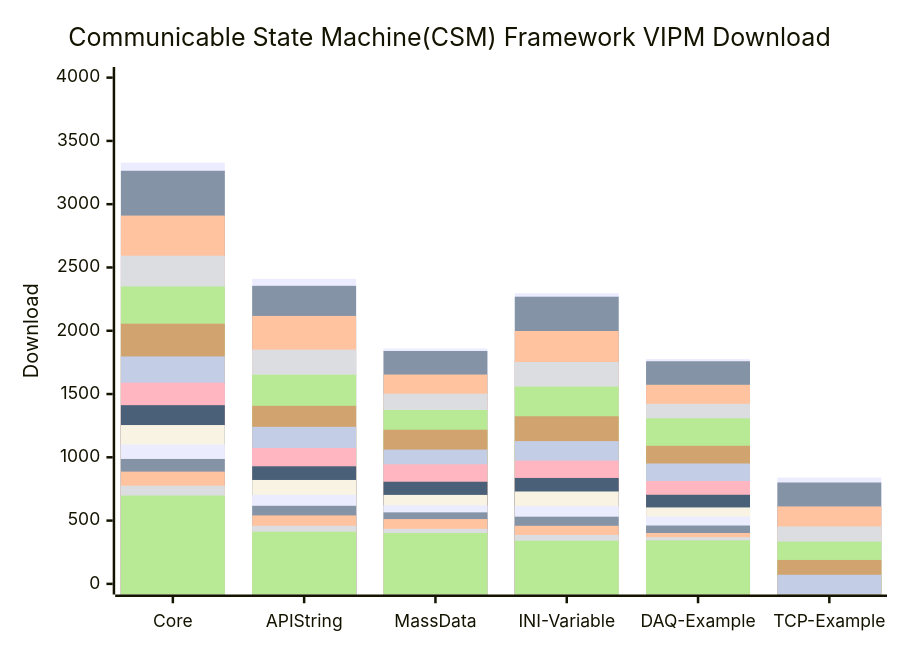
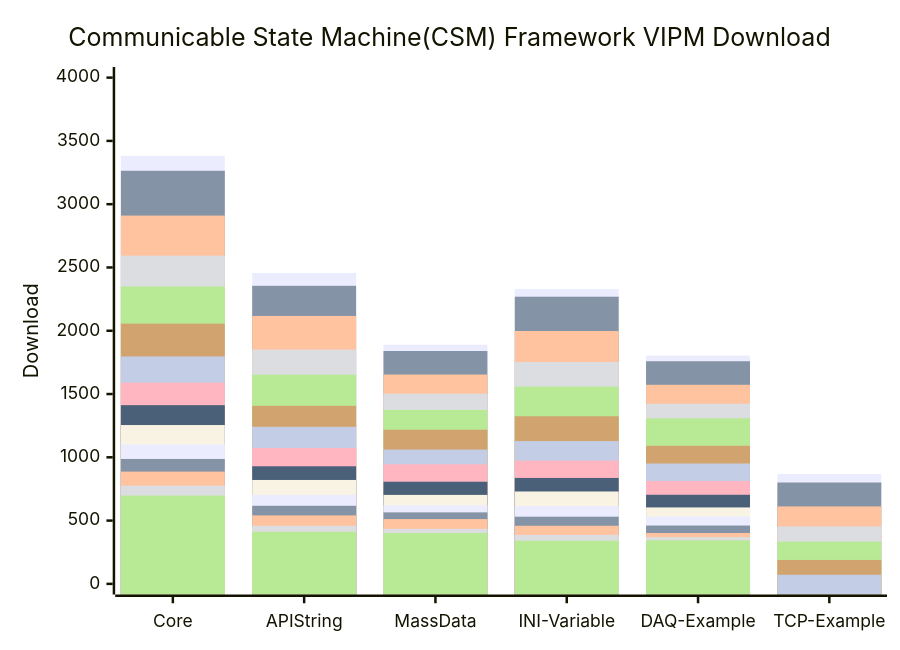
One commit to NEVSTOP-LAB/.github changed the diagram in profile/README.md. Above: the diagram before and after it, drawn with Mermaid.

````diff
--- a/profile/README.md
+++ b/profile/README.md
@@ -31,21 +31,21 @@
 ```mermaid
     xychart-beta
     title "Communicable State Machine(CSM) Framework VIPM Download"
     x-axis [Core, API String, MassData, INI-Variable, DAQ-Example, TCP-Example]
     y-axis "Download" 0 --> 4000
-    bar   [3328, 2410, 1860, 2297, 1777, 840]
+    bar   [3382, 2456, 1890, 2330, 1804, 868]
     bar   [3264, 2355, 1840, 2269, 1759, 801]
     bar   [2910, 2117, 1654, 1998, 1573, 612]
     bar   [2593, 1851, 1503, 1753, 1423, 454]
     bar   [2350, 1653, 1374, 1559, 1308, 334]
     bar   [2056, 1407, 1218, 1324, 1091, 189]
     bar   [1797, 1241, 1061, 1128, 951, 72]
     bar   [1590, 1074, 945, 974, 813]
     bar   [1412, 929, 807, 837, 704]
     bar   [1255, 821, 703, 730, 604]
     bar   [1101, 703, 621, 615, 532]
     bar   [987, 617, 565, 531, 461]
     bar   [887, 541, 512, 459, 402]
     bar   [776, 459, 435, 387, 369]
     bar   [698, 412, 402, 341, 344]
 ```
````
